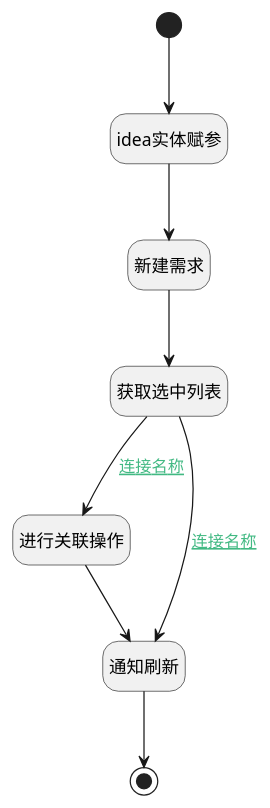
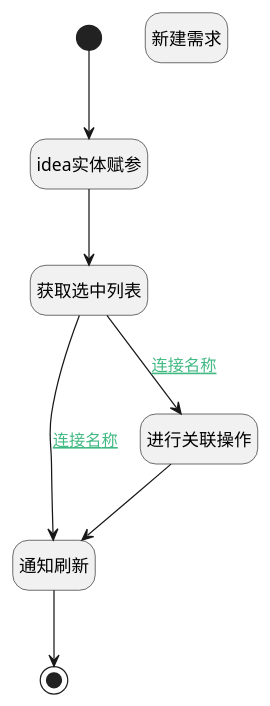
Before and after one commit to iBizLab/plm: the diagram in doc/docsify/module/ProdMgmt/idea/uilogic/create_and_relation_customer.md, drawn with PlantUML. The commit also changed other lines of this file and 799 other files, not shown here.

````diff
--- a/doc/docsify/module/ProdMgmt/idea/uilogic/create_and_relation_customer.md
+++ b/doc/docsify/module/ProdMgmt/idea/uilogic/create_and_relation_customer.md
@@ -7,30 +7,29 @@
 ```plantuml
 @startuml
 hide footbox
 <style>
 root {
   HyperlinkColor #42b983
 }
 </style>
 
 hide empty description
 state "开始" as Begin <<start>> [[$./create_and_relation_customer#begin {开始}]]
-state "idea实体赋参" as PREPAREJSPARAM2  [[$./create_and_relation_customer#preparejsparam2 {idea实体赋参}]]
+state "获取选中列表" as RAWJSCODE2  [[$./create_and_relation_customer#rawjscode2 {获取选中列表}]]
+state "通知刷新" as RAWJSCODE3  [[$./create_and_relation_customer#rawjscode3 {通知刷新}]]
 state "进行关联操作" as DEACTION1  [[$./create_and_relation_customer#deaction1 {进行关联操作}]]
-state "通知刷新" as RAWJSCODE3  [[$./create_and_relation_customer#rawjscode3 {通知刷新}]]
 state "结束" as END1 <<end>> [[$./create_and_relation_customer#end1 {结束}]]
 state "新建需求" as create_idea  [[$./create_and_relation_customer#create_idea {新建需求}]]
-state "获取选中列表" as RAWJSCODE2  [[$./create_and_relation_customer#rawjscode2 {获取选中列表}]]
+state "idea实体赋参" as PREPAREJSPARAM2  [[$./create_and_relation_customer#preparejsparam2 {idea实体赋参}]]
 
 
 Begin --> PREPAREJSPARAM2
-PREPAREJSPARAM2 --> create_idea
-create_idea --> RAWJSCODE2
+PREPAREJSPARAM2 --> RAWJSCODE2
 RAWJSCODE2 --> DEACTION1 : [[$./create_and_relation_customer#rawjscode2-deaction1{连接名称} 连接名称]]
 DEACTION1 --> RAWJSCODE3
 RAWJSCODE3 --> END1
 RAWJSCODE2 --> RAWJSCODE3 : [[$./create_and_relation_customer#rawjscode2-rawjscode3{连接名称} 连接名称]]
 
 
 @enduml
 ```
````
